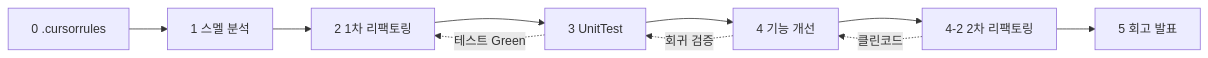
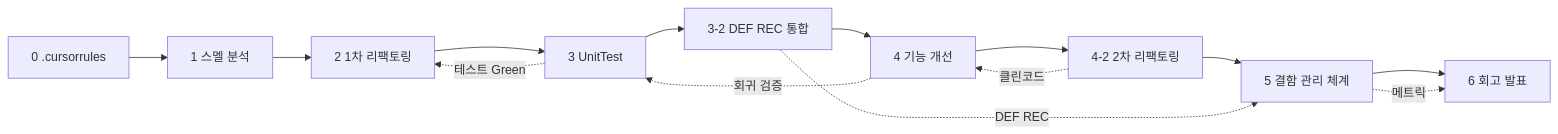
The diagram in 작업프롬프트/00.작업프롬프트_목차.md (antihu99/SHealth_01), drawn with Mermaid before and after one commit. The commit also changed other lines of this file and 9 other files, not shown here.

````diff
--- a/작업프롬프트/00.작업프롬프트_목차.md
+++ b/작업프롬프트/00.작업프롬프트_목차.md
@@ -73,14 +77,18 @@
 ```mermaid
 flowchart LR
   S0[0 .cursorrules]
   S1[1 스멜 분석]
   S2[2 1차 리팩토링]
   S3[3 UnitTest]
+  S32[3-2 DEF REC 통합]
   S4[4 기능 개선]
   S42[4-2 2차 리팩토링]
-  S5[5 회고 발표]
-  S0 --> S1 --> S2 --> S3 --> S4 --> S42 --> S5
+  S5[5 결함 관리 체계]
+  S6[6 회고 발표]
+  S0 --> S1 --> S2 --> S3 --> S32 --> S4 --> S42 --> S5 --> S6
   S3 -.->|테스트 Green| S2
   S4 -.->|회귀 검증| S3
   S42 -.->|클린코드| S4
+  S32 -.->|DEF REC| S5
+  S5 -.->|메트릭| S6
 ```
````
